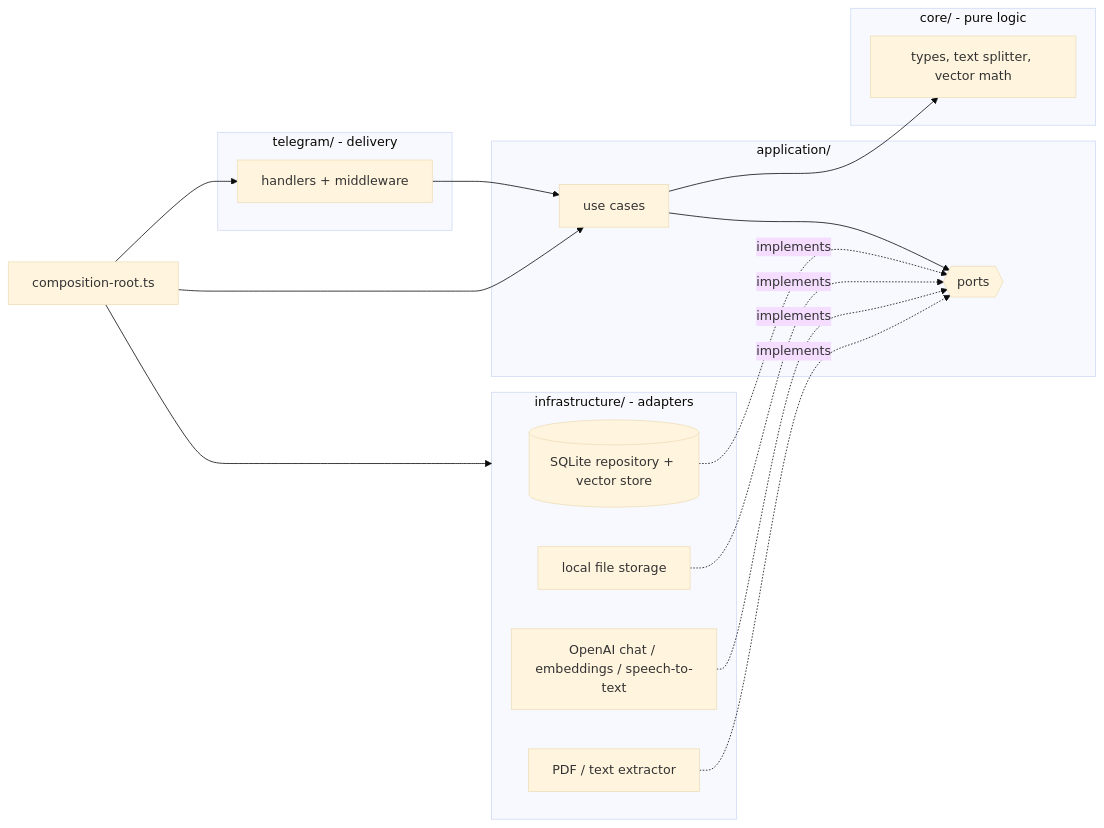
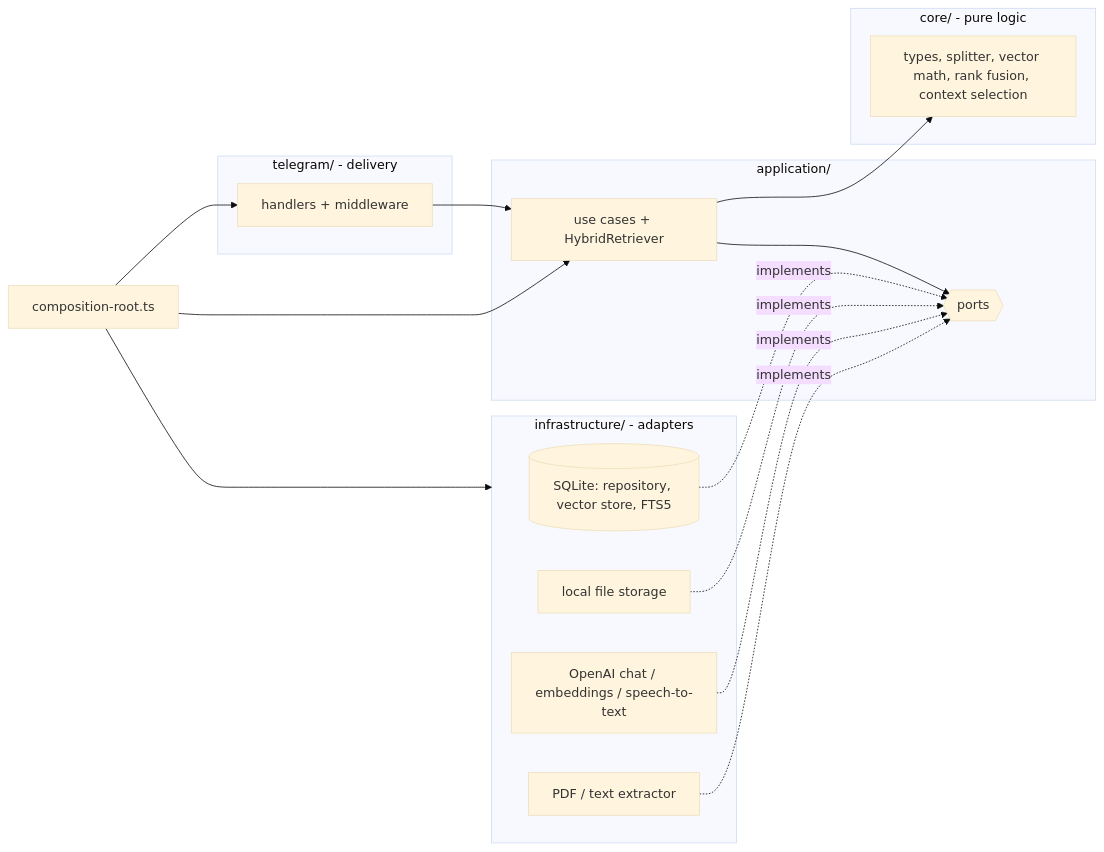
The first of 3 diagrams in README.md (AlexTikhon/ai-assistant-tg-bot), drawn with Mermaid (base theme) before and after one commit. The commit also changed other lines of this file and 17 other files, not shown here.

````diff
--- a/README.md
+++ b/README.md
@@ -31,29 +34,29 @@
 ```mermaid
 flowchart LR
   subgraph telegram [telegram/ - delivery]
     H[handlers + middleware]
   end
   subgraph application [application/]
-    UC[use cases]
+    UC[use cases + HybridRetriever]
     P{{ports}}
   end
   subgraph core [core/ - pure logic]
-    C[types, text splitter, vector math]
+    C[types, splitter, vector math, rank fusion, context selection]
   end
   subgraph infra [infrastructure/ - adapters]
-    SQ[(SQLite repository + vector store)]
+    SQ[(SQLite: repository, vector store, FTS5)]
     FS[local file storage]
     OA[OpenAI chat / embeddings / speech-to-text]
     PDF[PDF / text extractor]
   end
   H --> UC
   UC --> P
   UC --> C
   SQ -. implements .-> P
   FS -. implements .-> P
   OA -. implements .-> P
   PDF -. implements .-> P
   CR[composition-root.ts] --> H
   CR --> UC
   CR --> infra
 ```
````
